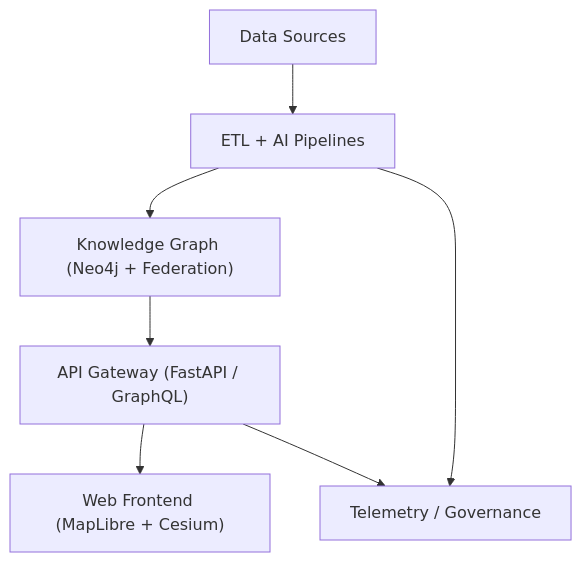
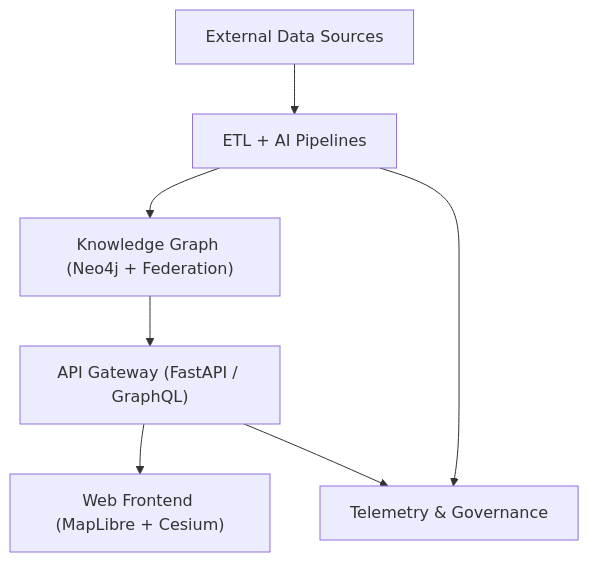
One commit to bartytime4life/Kansas-Frontier-Matrix changed the diagram in ARCHITECTURE.md. Above: the diagram before and after it, drawn with Mermaid. The commit also changed other lines of this file, not shown here.

````diff
--- a/ARCHITECTURE.md
+++ b/ARCHITECTURE.md
@@ -163,13 +168,13 @@
 ```mermaid
 flowchart TD
-  A["Data Sources"]
+  A["External Data Sources"]
   B["ETL + AI Pipelines"]
   C["Knowledge Graph (Neo4j + Federation)"]
   D["API Gateway (FastAPI / GraphQL)"]
   E["Web Frontend (MapLibre + Cesium)"]
-  F["Telemetry / Governance"]
+  F["Telemetry & Governance"]
 
   A --> B --> C --> D --> E
   B --> F
   D --> F
 ```
````
